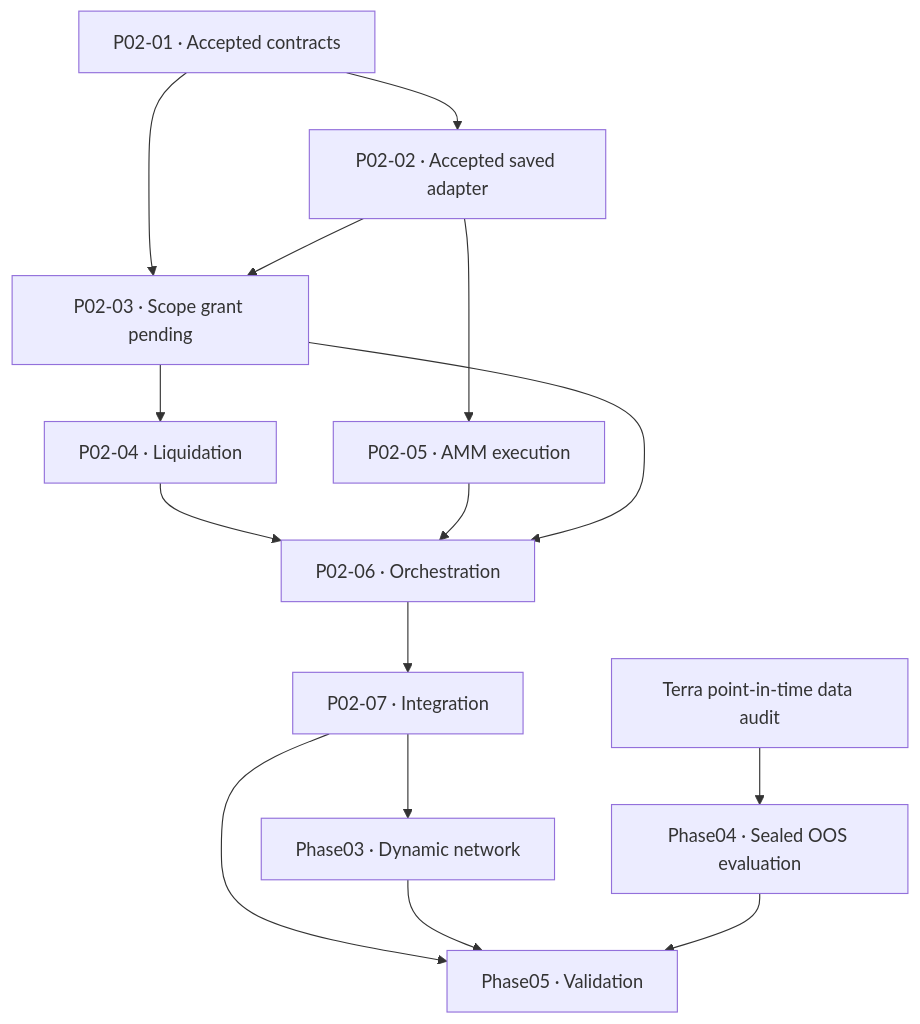
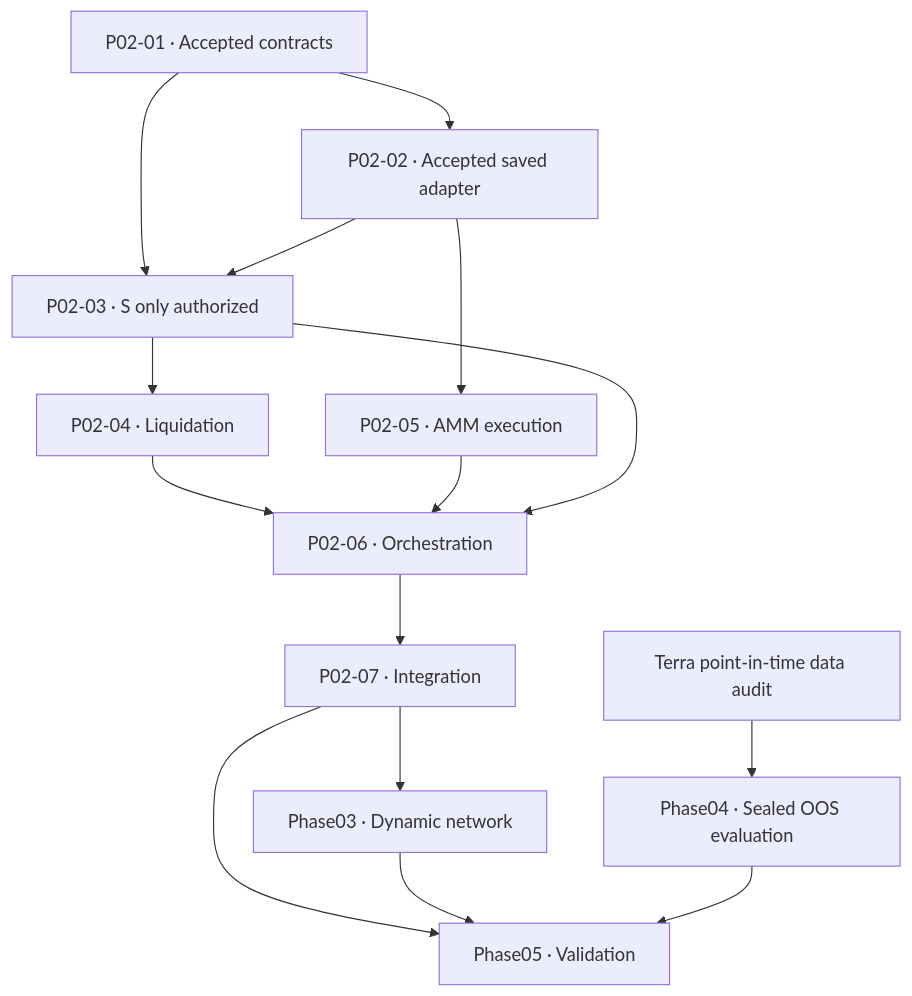
The diagram in docs/research_v2/program_control/PROGRAM_CONTROL.md (Doquocdung1609/DeFiStress), drawn with Mermaid before and after one commit. The commit also changed other lines of this file and 2 other files, not shown here.

Commit message:
docs(v2): activate Commander-authorized synthetic P02-03-S handoff

````diff
--- a/docs/research_v2/program_control/PROGRAM_CONTROL.md
+++ b/docs/research_v2/program_control/PROGRAM_CONTROL.md
@@ -59,17 +71,17 @@
 ```mermaid
 flowchart TD
   P1["P02-01 · Accepted contracts"] --> P2["P02-02 · Accepted saved adapter"]
-  P1 --> P3["P02-03 · Scope grant pending"]
+  P1 --> P3["P02-03 · S only authorized"]
   P2 --> P3
   P2 --> P5["P02-05 · AMM execution"]
   P3 --> P4["P02-04 · Liquidation"]
   P4 --> P6["P02-06 · Orchestration"]
   P5 --> P6
   P3 --> P6
   P6 --> P7["P02-07 · Integration"]
   P7 --> N["Phase03 · Dynamic network"]
   P7 --> V["Phase05 · Validation"]
   N --> V
   D["Terra point-in-time data audit"] --> T["Phase04 · Sealed OOS evaluation"]
   T --> V
 ```
````
